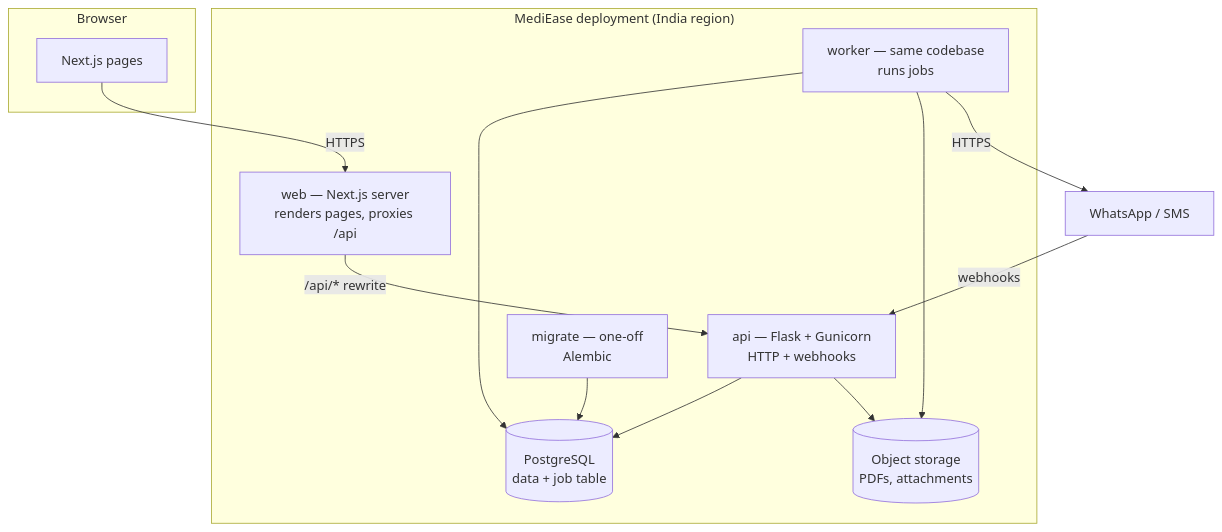
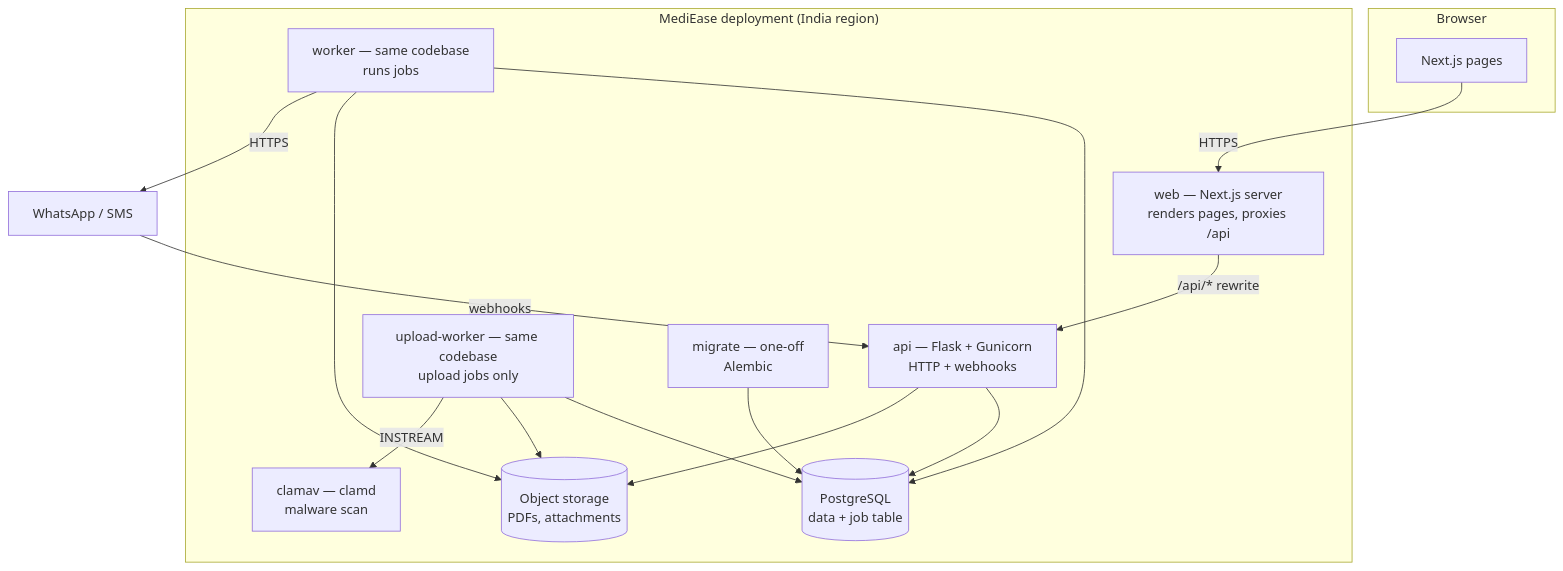
The second of 8 diagrams in docs/ARCHITECTURE.md (mayankrajray/MediEase), drawn with Mermaid before and after one commit. The commit also changed other lines of this file and 14 other files, not shown here.

````diff
--- a/docs/ARCHITECTURE.md
+++ b/docs/ARCHITECTURE.md
@@ -47,23 +47,28 @@
 ```mermaid
 flowchart TB
     subgraph Browser
       UI[Next.js pages]
     end
     subgraph "MediEase deployment (India region)"
       WEB[web — Next.js server<br/>renders pages, proxies /api]
       API[api — Flask + Gunicorn<br/>HTTP + webhooks]
       WRK[worker — same codebase<br/>runs jobs]
+      UPW[upload-worker — same codebase<br/>upload jobs only]
+      AV[clamav — clamd<br/>malware scan]
       MIG[migrate — one-off<br/>Alembic]
       DB[(PostgreSQL<br/>data + job table)]
       FS[(Object storage<br/>PDFs, attachments)]
     end
     UI -->|HTTPS| WEB
     WEB -->|/api/* rewrite| API
     API --> DB
     WRK --> DB
     MIG --> DB
     API --> FS
     WRK --> FS
+    UPW --> DB
+    UPW --> FS
+    UPW -->|INSTREAM| AV
     WRK -->|HTTPS| EXT[WhatsApp / SMS]
     EXT -->|webhooks| API
 ```
````
